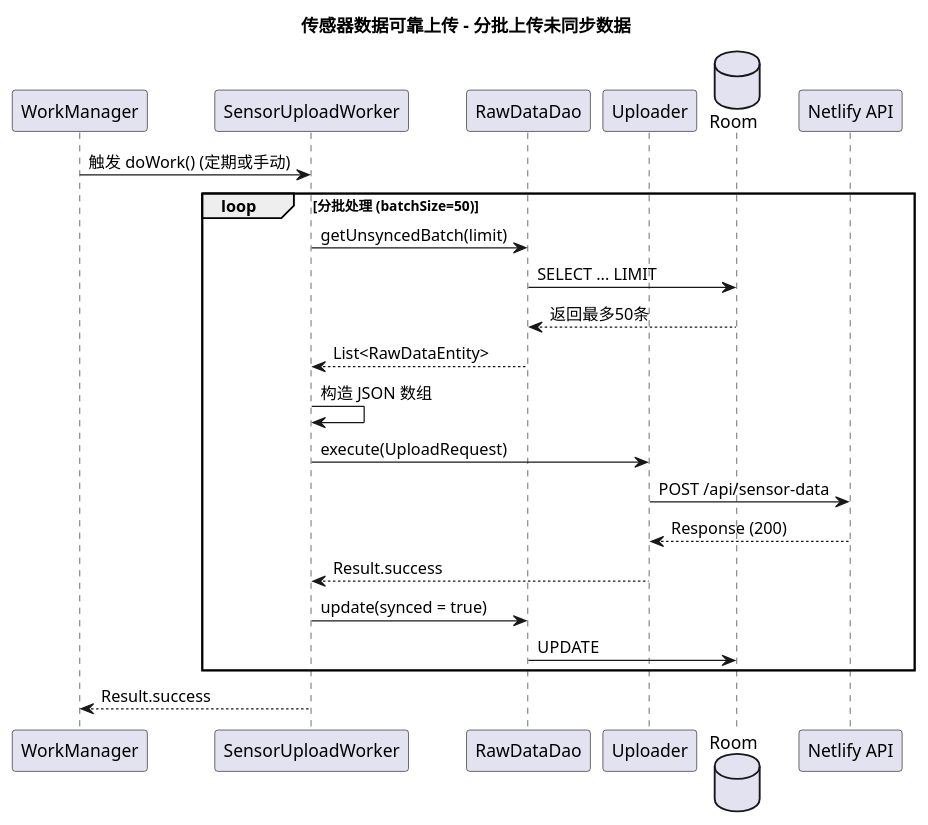
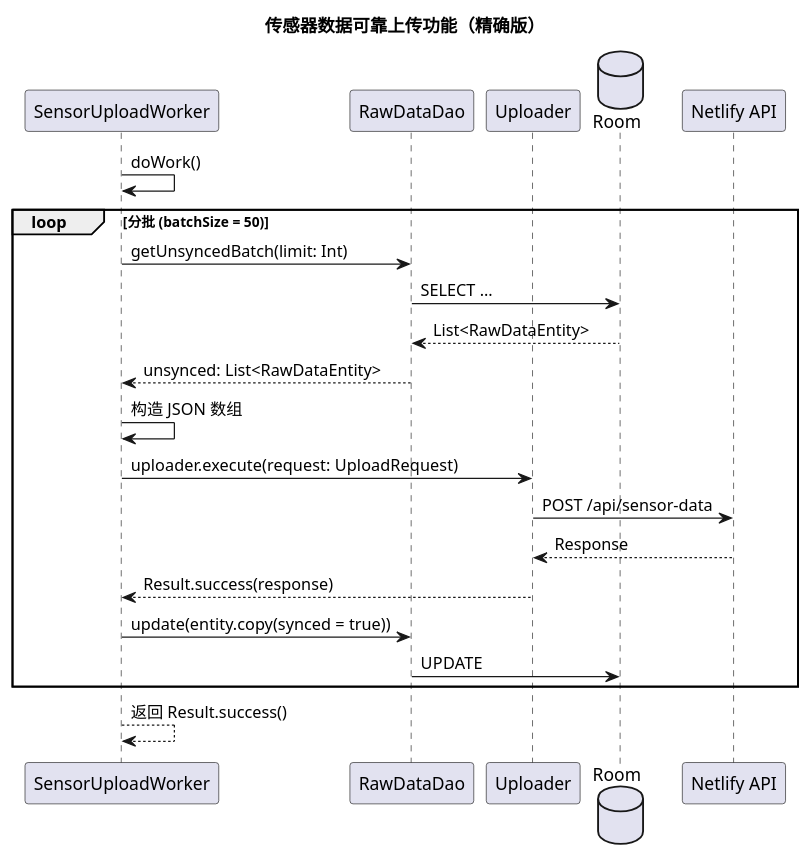
The diagram in developer_doc/sensor_upload.plantuml (yzsgith/Android_client), drawn with PlantUML before and after one commit. The commit also changed 39 other files, not shown here.

Commit message:
对每一个功能对应的唯时序图进行了规范，使其作为二次开发的利器,并增加了read.md，用以描述核心理念和二次开发流程

```diff
--- a/developer_doc/sensor_upload.plantuml
+++ b/developer_doc/sensor_upload.plantuml
@@ -1,26 +1,25 @@
 @startuml
-title 传感器数据可靠上传 - 分批上传未同步数据
+title 传感器数据可靠上传功能（精确版）
 
-participant "WorkManager" as WM
 participant "SensorUploadWorker" as Worker
 participant "RawDataDao" as Dao
 participant "Uploader" as Uploader
 database "Room" as DB
 participant "Netlify API" as API
 
-WM -> Worker: 触发 doWork() (定期或手动)
-loop 分批处理 (batchSize=50)
-    Worker -> Dao: getUnsyncedBatch(limit)
-    Dao -> DB: SELECT ... LIMIT
-    DB --> Dao: 返回最多50条
-    Dao --> Worker: List<RawDataEntity>
+Worker -> Worker: doWork()
+loop 分批 (batchSize = 50)
+    Worker -> Dao: getUnsyncedBatch(limit: Int)
+    Dao -> DB: SELECT ...
+    DB --> Dao: List<RawDataEntity>
+    Dao --> Worker: unsynced: List<RawDataEntity>
     Worker -> Worker: 构造 JSON 数组
-    Worker -> Uploader: execute(UploadRequest)
+    Worker -> Uploader: uploader.execute(request: UploadRequest)
     Uploader -> API: POST /api/sensor-data
-    API --> Uploader: Response (200)
-    Uploader --> Worker: Result.success
-    Worker -> Dao: update(synced = true)
+    API --> Uploader: Response
+    Uploader --> Worker: Result.success(response)
+    Worker -> Dao: update(entity.copy(synced = true))
     Dao -> DB: UPDATE
 end
-Worker --> WM: Result.success
+Worker --> Worker: 返回 Result.success()
 @enduml
```
